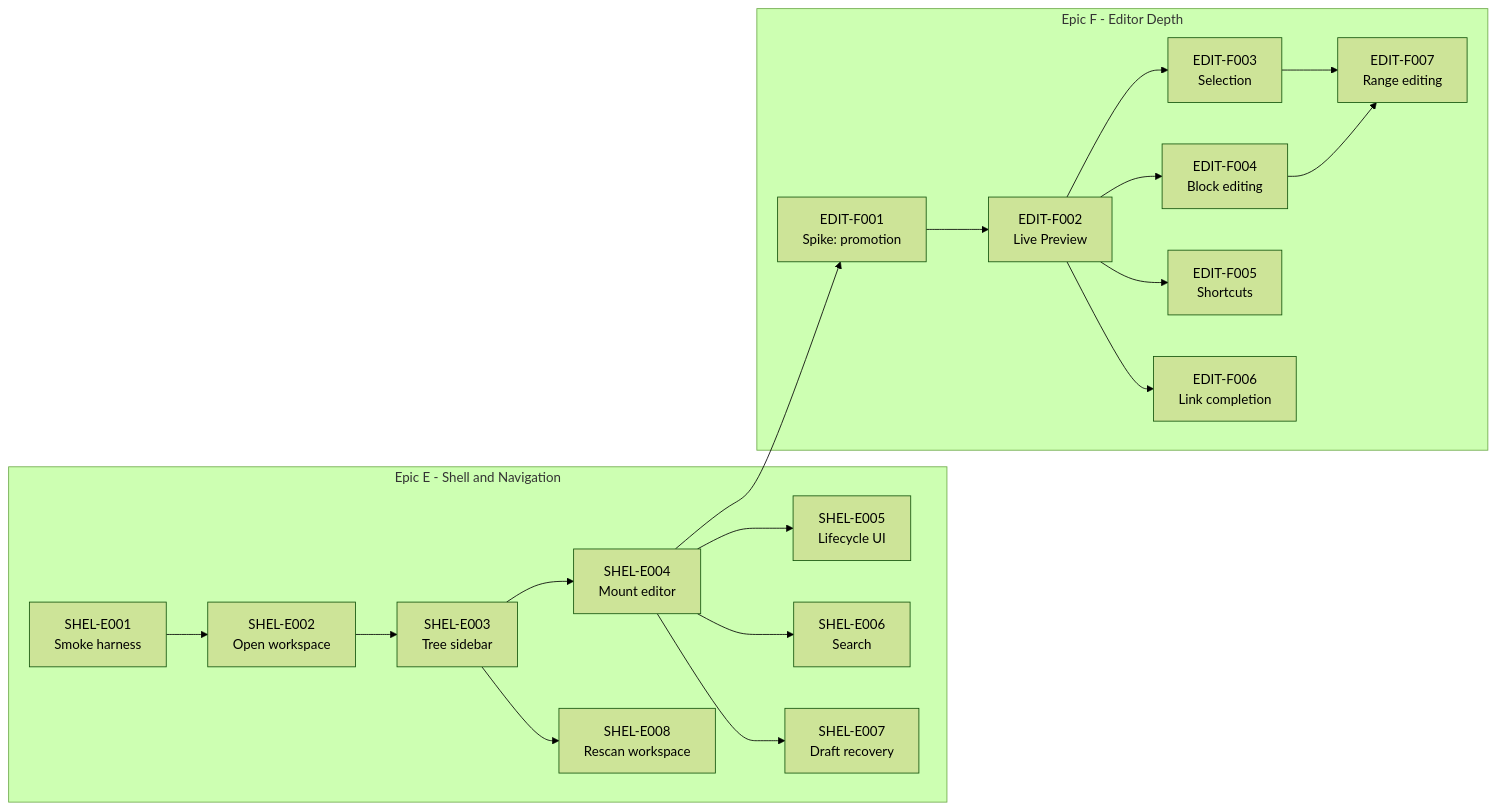
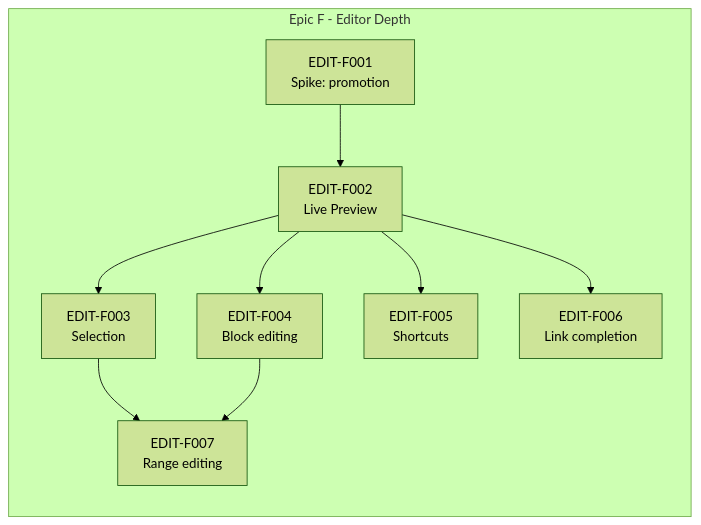
One commit to SkrOYC/burlmd changed the diagram in .constitution/tasks/critical-path.md. Above: the diagram before and after it, drawn with Mermaid (forest theme). The commit also changed other lines of this file and 4 other files, not shown here.

Commit message:
docs(constitution): reconcile and archive Epic E [SHEL-E001..E008]

````diff
--- a/.constitution/tasks/critical-path.md
+++ b/.constitution/tasks/critical-path.md
@@ -37,40 +32,20 @@
 ```mermaid
 flowchart LR
-    subgraph EpicE [Epic E - Shell and Navigation]
-        E001[SHEL-E001<br/>Smoke harness]
-        E002[SHEL-E002<br/>Open workspace]
-        E003[SHEL-E003<br/>Tree sidebar]
-        E004[SHEL-E004<br/>Mount editor]
-        E005[SHEL-E005<br/>Lifecycle UI]
-        E006[SHEL-E006<br/>Search]
-        E007[SHEL-E007<br/>Draft recovery]
-        E008[SHEL-E008<br/>Rescan workspace]
-    end
-
     subgraph EpicF [Epic F - Editor Depth]
         F001[EDIT-F001<br/>Spike: promotion]
         F002[EDIT-F002<br/>Live Preview]
         F003[EDIT-F003<br/>Selection]
         F004[EDIT-F004<br/>Block editing]
         F005[EDIT-F005<br/>Shortcuts]
         F006[EDIT-F006<br/>Link completion]
         F007[EDIT-F007<br/>Range editing]
     end
 
-    E001 --> E002
-    E002 --> E003
-    E003 --> E004
-    E004 --> E005
-    E004 --> E006
-    E004 --> E007
-    E003 --> E008
-
-    E004 --> F001
     F001 --> F002
     F002 --> F003
     F002 --> F004
     F002 --> F005
     F002 --> F006
     F003 --> F007
     F004 --> F007
 ```
````
